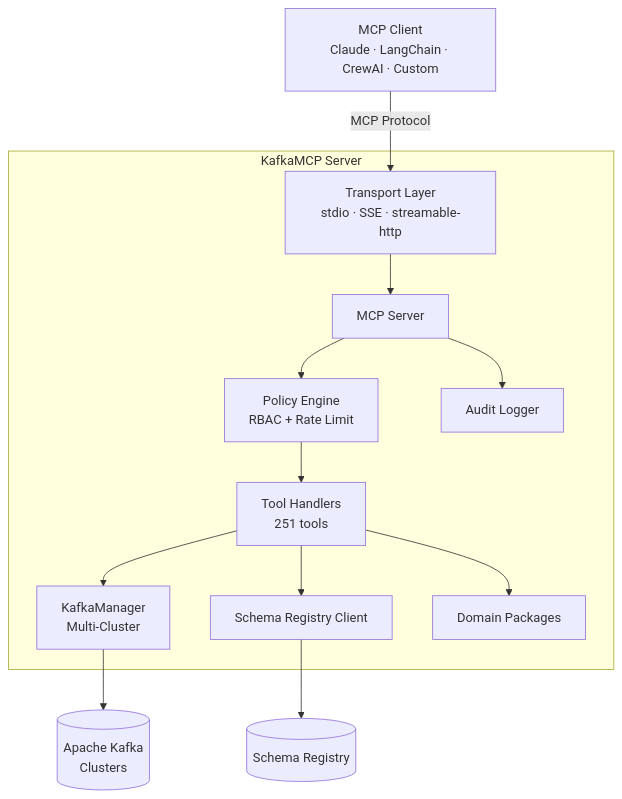
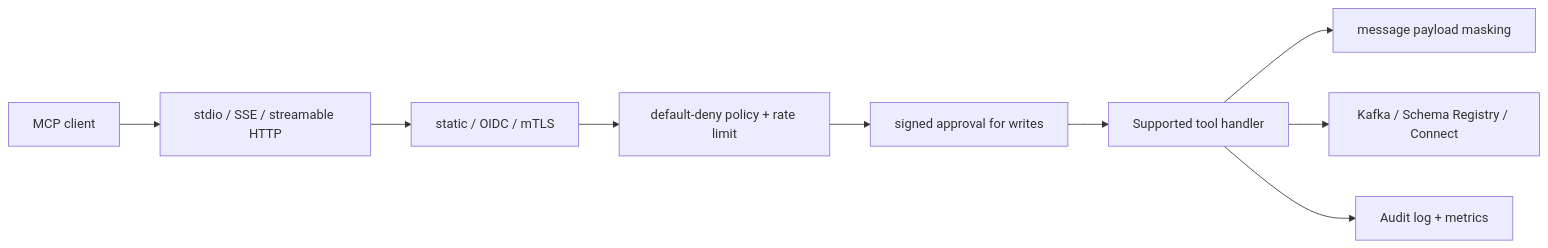
Before and after one commit to josedab/kafkamcp: the diagram in website/docs/architecture.md, drawn with Mermaid. The commit also changed other lines of this file and 93 other files, not shown here.

````diff
--- a/website/docs/architecture.md
+++ b/website/docs/architecture.md
@@ -12,18 +12,11 @@
 ```mermaid
-graph TD
-    Client[MCP Client<br/>Claude · LangChain · CrewAI · Custom] -->|MCP Protocol| Transport
-
-    subgraph KafkaMCP["KafkaMCP Server"]
-        Transport[Transport Layer<br/>stdio · SSE · streamable-http]
-        Transport --> Server[MCP Server]
-        Server --> Auth[Policy Engine<br/>RBAC + Rate Limit]
-        Server --> Audit[Audit Logger]
-        Auth --> Handlers[Tool Handlers<br/>251 tools]
-        Handlers --> KM[KafkaManager<br/>Multi-Cluster]
-        Handlers --> SR[Schema Registry Client]
-        Handlers --> Domain[Domain Packages]
-    end
-
-    KM --> Kafka[(Apache Kafka<br/>Clusters)]
-    SR --> SchemaReg[(Schema Registry)]
+flowchart LR
+    Client[MCP client] --> Transport[stdio / SSE / streamable HTTP]
+    Transport --> Identity[static / OIDC / mTLS]
+    Identity --> Policy[default-deny policy + rate limit]
+    Policy --> Approval[signed approval for writes]
+    Approval --> Handler[Supported tool handler]
+    Handler --> Masking[message payload masking]
+    Handler --> Kafka[Kafka / Schema Registry / Connect]
+    Handler --> Audit[Audit log + metrics]
 ```
````
